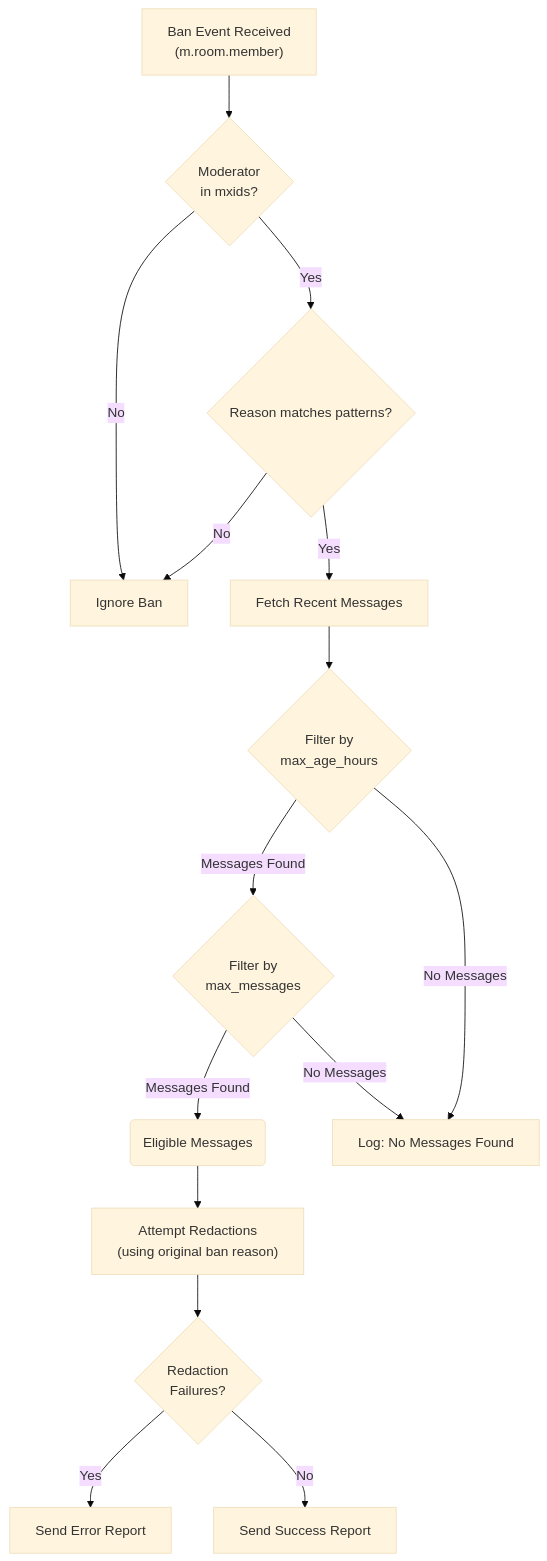
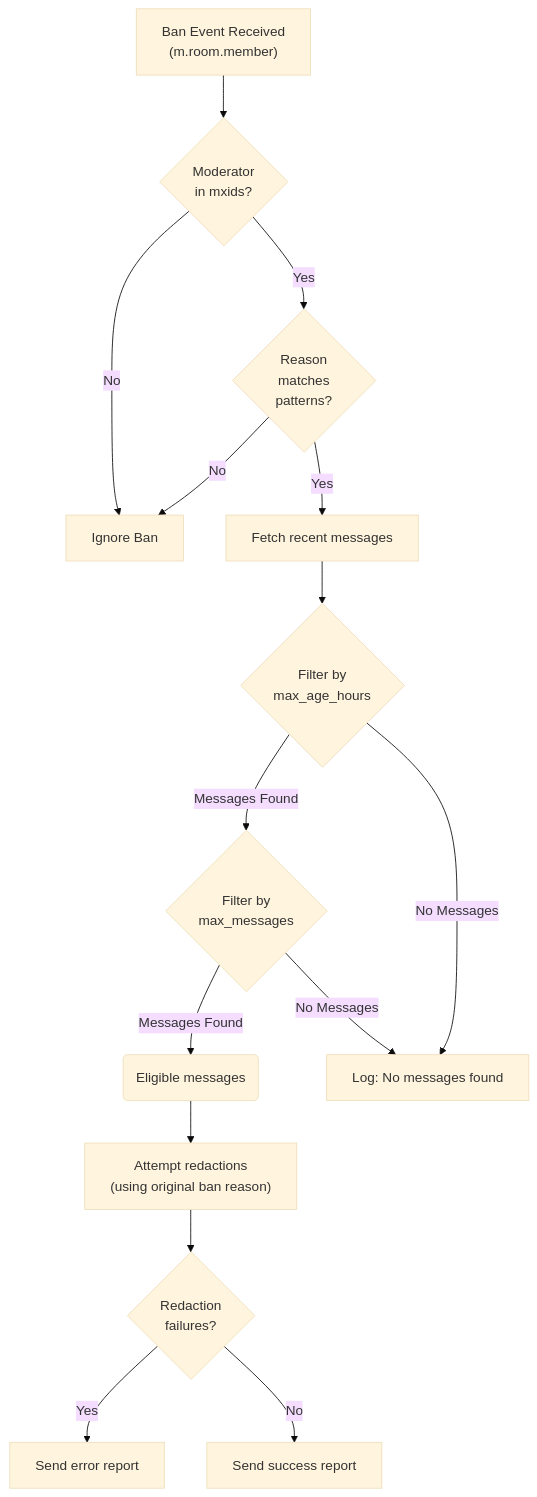
One commit to tcpipuk/maubot-redactor changed the diagram in README.md. Above: the diagram before and after it, drawn with Mermaid (base theme).

Commit message:
Even more line breaks

````diff
--- a/README.md
+++ b/README.md
@@ -97,20 +97,20 @@
 ```mermaid
 graph TD
     A["Ban Event Received<br>(m.room.member)"] --> CheckModerator{Moderator<br>in mxids?};
 
-    CheckModerator -- Yes --> CheckReason{Reason matches patterns?};
+    CheckModerator -- Yes --> CheckReason{Reason<br>matches<br>patterns?};
     CheckModerator -- No --> Z[Ignore Ban];
-    CheckReason -- Yes --> FetchMessages["Fetch Recent Messages"];
+    CheckReason -- Yes --> FetchMessages["Fetch recent messages"];
     CheckReason -- No --> Z;
 
     FetchMessages --> FilterAge{Filter by<br>max_age_hours};
     FilterAge -- Messages Found --> FilterCount{Filter by<br>max_messages};
-    FilterCount -- Messages Found --> ProcessedMessages(Eligible Messages);
-    ProcessedMessages --> AttemptRedactions["Attempt Redactions<br>(using original ban reason)"];
+    FilterCount -- Messages Found --> ProcessedMessages(Eligible messages);
+    ProcessedMessages --> AttemptRedactions["Attempt redactions<br>(using original ban reason)"];
     FilterCount -- No Messages --> Y;
-    FilterAge -- No Messages --> Y[Log: No Messages Found];
+    FilterAge -- No Messages --> Y[Log: No messages found];
 
-    AttemptRedactions --> CheckFailures{Redaction<br>Failures?};
-    CheckFailures -- Yes --> SendError[Send Error Report];
-    CheckFailures -- No --> SendSuccess[Send Success Report];
+    AttemptRedactions --> CheckFailures{Redaction<br>failures?};
+    CheckFailures -- Yes --> SendError[Send error report];
+    CheckFailures -- No --> SendSuccess[Send success report];
 ```
````
